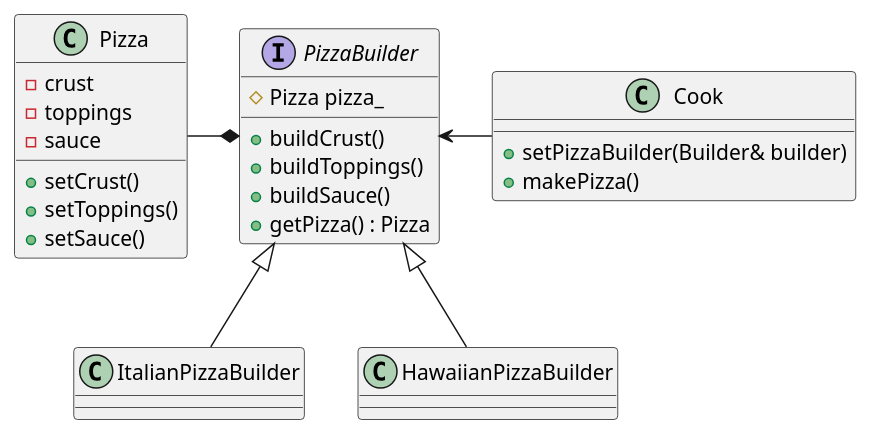
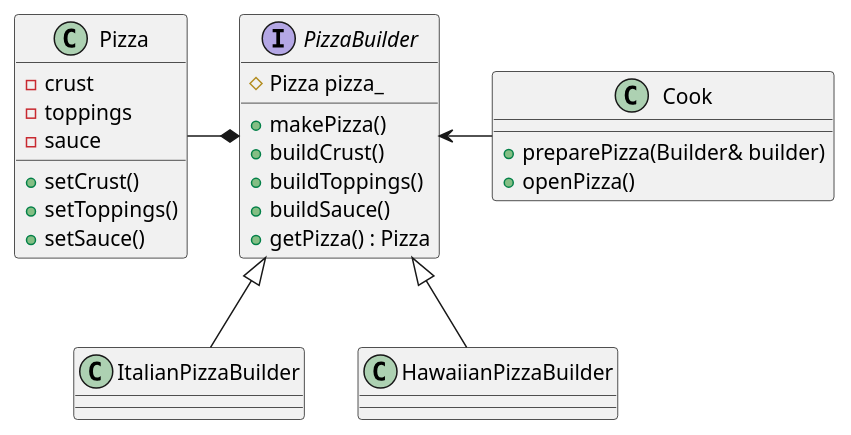
One commit to singhgaurav1302/DesignPatterns changed the diagram in Creational/builder_pattern.puml. Above: the diagram before and after it, drawn with PlantUML.

```diff
--- a/Creational/builder_pattern.puml
+++ b/Creational/builder_pattern.puml
@@ -1,36 +1,37 @@
 @startuml
 
 class Pizza {
   -crust
   -toppings
   -sauce
   +setCrust()
   +setToppings()
   +setSauce()
 }
 
 interface PizzaBuilder {
   #Pizza pizza_
+  +makePizza()
   +buildCrust()
   +buildToppings()
   +buildSauce()
   +getPizza() : Pizza 
 }
 
 class ItalianPizzaBuilder {
 }
 
 class HawaiianPizzaBuilder {
 }
 
 class Cook {
-  +setPizzaBuilder(Builder& builder)
-  +makePizza()
+  +preparePizza(Builder& builder)
+  +openPizza()
 }
 
 PizzaBuilder *-left- Pizza
 PizzaBuilder <|-- ItalianPizzaBuilder
 PizzaBuilder <|-- HawaiianPizzaBuilder
 Cook -left-> PizzaBuilder
 
 @enduml
```
